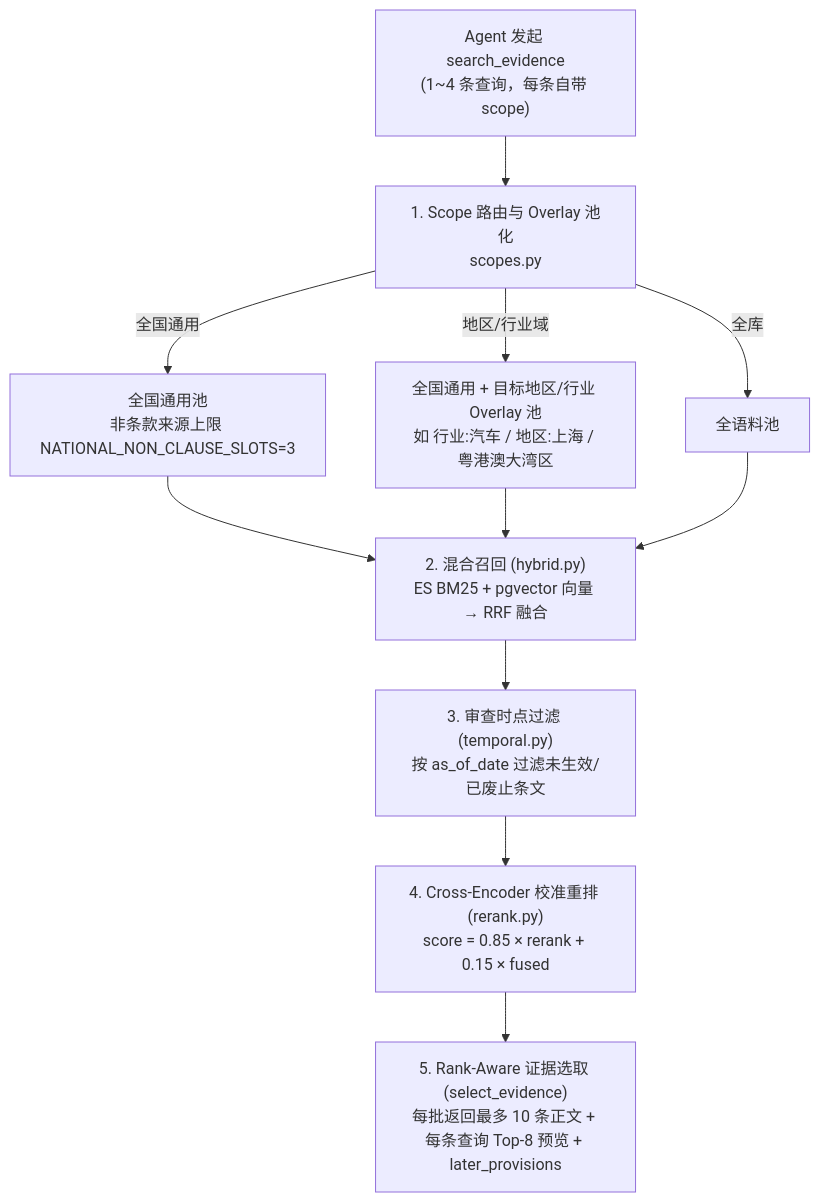
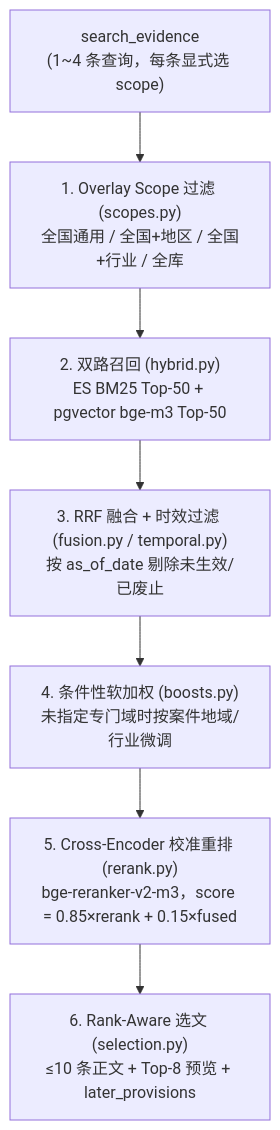
The second of 3 diagrams in docs/retrieval-qa-and-eval-deep-dive.md (raydemo1/crosscomply-agent), drawn with Mermaid before and after one commit. The commit also changed other lines of this file and 1 other file, not shown here.

Commit message:
docs: rewrite self-contained full-project README and complete architecture deep dive

````diff
--- a/docs/retrieval-qa-and-eval-deep-dive.md
+++ b/docs/retrieval-qa-and-eval-deep-dive.md
@@ -32,12 +85,9 @@
 ```mermaid
 flowchart TD
-    Q["Agent 发起 search_evidence<br/>(1~4 条查询，每条自带 scope)"] --> S["1. Scope 路由与 Overlay 池化<br/>scopes.py"]
-    S -->|"全国通用"| P1["全国通用池<br/>非条款来源上限 NATIONAL_NON_CLAUSE_SLOTS=3"]
-    S -->|"地区/行业域"| P2["全国通用 + 目标地区/行业 Overlay 池<br/>如 行业:汽车 / 地区:上海 / 粤港澳大湾区"]
-    S -->|"全库"| P3["全语料池"]
-
-    P1 & P2 & P3 --> H["2. 混合召回 (hybrid.py)<br/>ES BM25 + pgvector 向量 → RRF 融合"]
-    H --> T["3. 审查时点过滤 (temporal.py)<br/>按 as_of_date 过滤未生效/已废止条文"]
-    T --> R["4. Cross-Encoder 校准重排 (rerank.py)<br/>score = 0.85 × rerank + 0.15 × fused"]
-    R --> E["5. Rank-Aware 证据选取 (select_evidence)<br/>每批返回最多 10 条正文 + 每条查询 Top-8 预览 + later_provisions"]
+    Q["search_evidence<br/>(1~4 条查询，每条显式选 scope)"] --> S["1. Overlay Scope 过滤 (scopes.py)<br/>全国通用 / 全国+地区 / 全国+行业 / 全库"]
+    S --> H["2. 双路召回 (hybrid.py)<br/>ES BM25 Top-50 + pgvector bge-m3 Top-50"]
+    H --> F["3. RRF 融合 + 时效过滤 (fusion.py / temporal.py)<br/>按 as_of_date 剔除未生效/已废止"]
+    F --> B["4. 条件性软加权 (boosts.py)<br/>未指定专门域时按案件地域/行业微调"]
+    B --> R["5. Cross-Encoder 校准重排 (rerank.py)<br/>bge-reranker-v2-m3，score = 0.85×rerank + 0.15×fused"]
+    R --> SEL["6. Rank-Aware 选文 (selection.py)<br/>≤10 条正文 + Top-8 预览 + later_provisions"]
 ```
````
